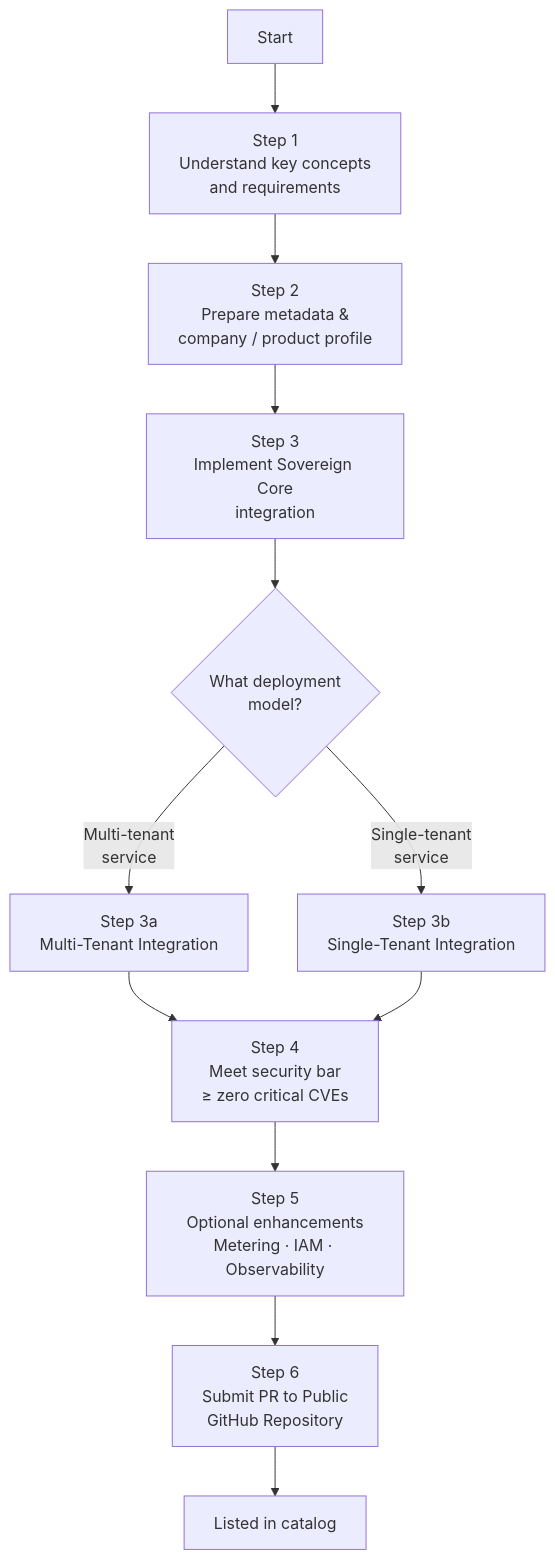
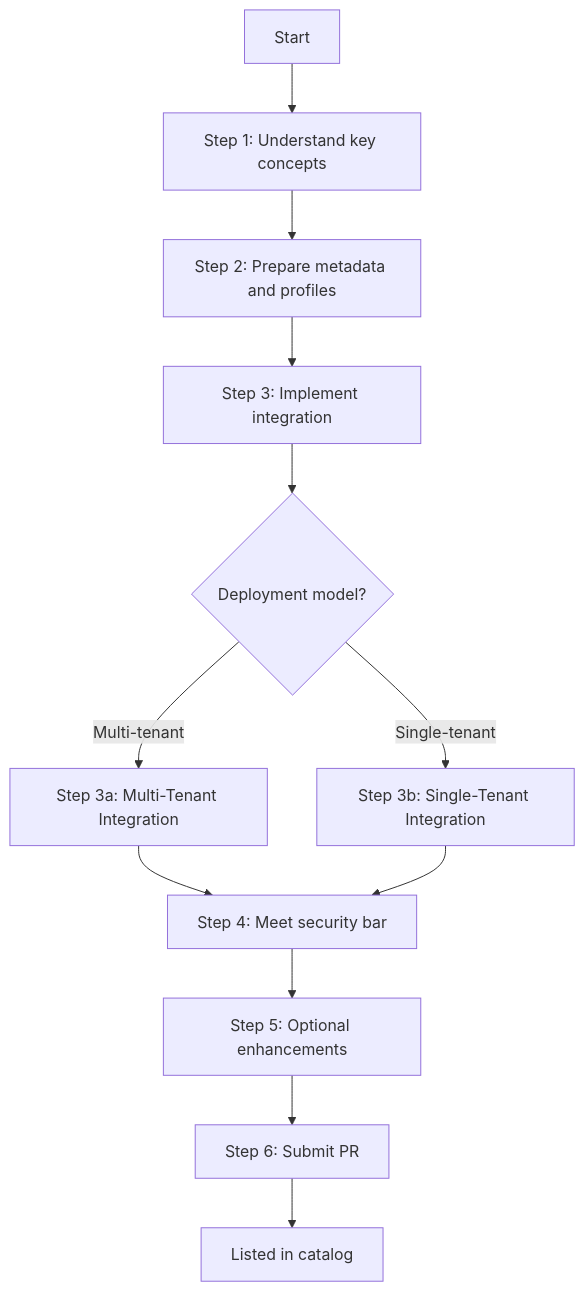
Before and after one commit to IBM/sovereign-core-catalog: the diagram in README.md, drawn with Mermaid.

Commit message:
docs: fix BYOP journey diagram - quote node labels to fix rendering on GitHub

````diff
--- a/README.md
+++ b/README.md
@@ -142,14 +142,14 @@
 ```mermaid
 flowchart TD
-    A[Start] --> B[Step 1<br/>Understand key concepts<br/>and requirements]
-    B --> C[Step 2<br/>Prepare metadata &<br/>company / product profile]
-    C --> D[Step 3<br/>Implement Sovereign Core<br/>integration]
-    D --> E{What deployment<br/>model?}
-    E -- "Multi-tenant<br/>service" --> F[Step 3a<br/>Multi-Tenant Integration]
-    E -- "Single-tenant<br/>service" --> G[Step 3b<br/>Single-Tenant Integration]
-    F --> H[Step 4<br/>Meet security bar<br/>≥ zero critical CVEs]
+    A[Start] --> B["Step 1: Understand key concepts"]
+    B --> C["Step 2: Prepare metadata and profiles"]
+    C --> D["Step 3: Implement integration"]
+    D --> E{"Deployment model?"}
+    E -- "Multi-tenant" --> F["Step 3a: Multi-Tenant Integration"]
+    E -- "Single-tenant" --> G["Step 3b: Single-Tenant Integration"]
+    F --> H["Step 4: Meet security bar"]
     G --> H
-    H --> I[Step 5<br/>Optional enhancements<br/>Metering · IAM · Observability]
-    I --> J[Step 6<br/>Submit PR to Public<br/>GitHub Repository]
-    J --> K[Listed in catalog]
+    H --> I["Step 5: Optional enhancements"]
+    I --> J["Step 6: Submit PR"]
+    J --> K["Listed in catalog"]
 ```
````
